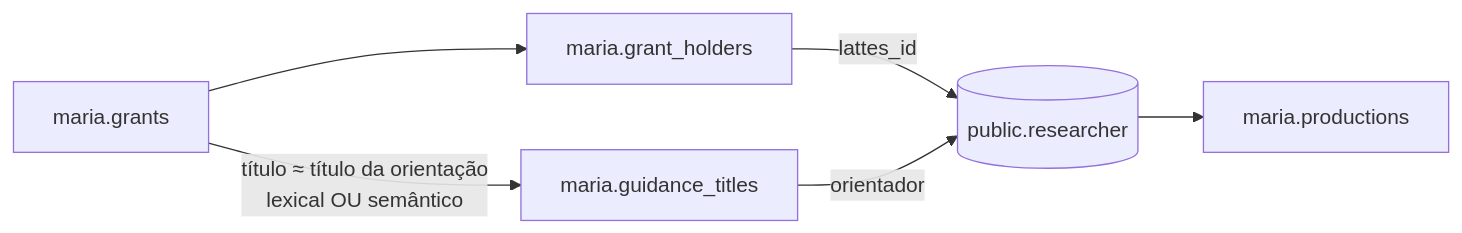
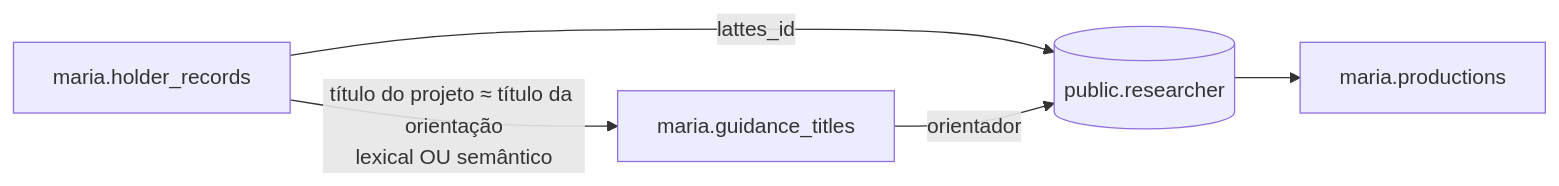
One commit to meirelesgc/simcc-maria changed the diagram in docs/dados/simcc.md. Above: the diagram before and after it, drawn with Mermaid. The commit also changed other lines of this file and 29 other files, not shown here.

````diff
--- a/docs/dados/simcc.md
+++ b/docs/dados/simcc.md
@@ -39,8 +39,7 @@
 ```mermaid
 flowchart LR
-    G[maria.grants] --> H[maria.grant_holders]
-    H -->|lattes_id| R[(public.researcher)]
-    G -->|título ≈ título da orientação<br/>lexical OU semântico| GT[maria.guidance_titles]
+    H[maria.holder_records] -->|lattes_id| R[(public.researcher)]
+    H -->|título do projeto ≈ título da orientação<br/>lexical OU semântico| GT[maria.guidance_titles]
     GT -->|orientador| R
     R --> P[maria.productions]
 ```
````
